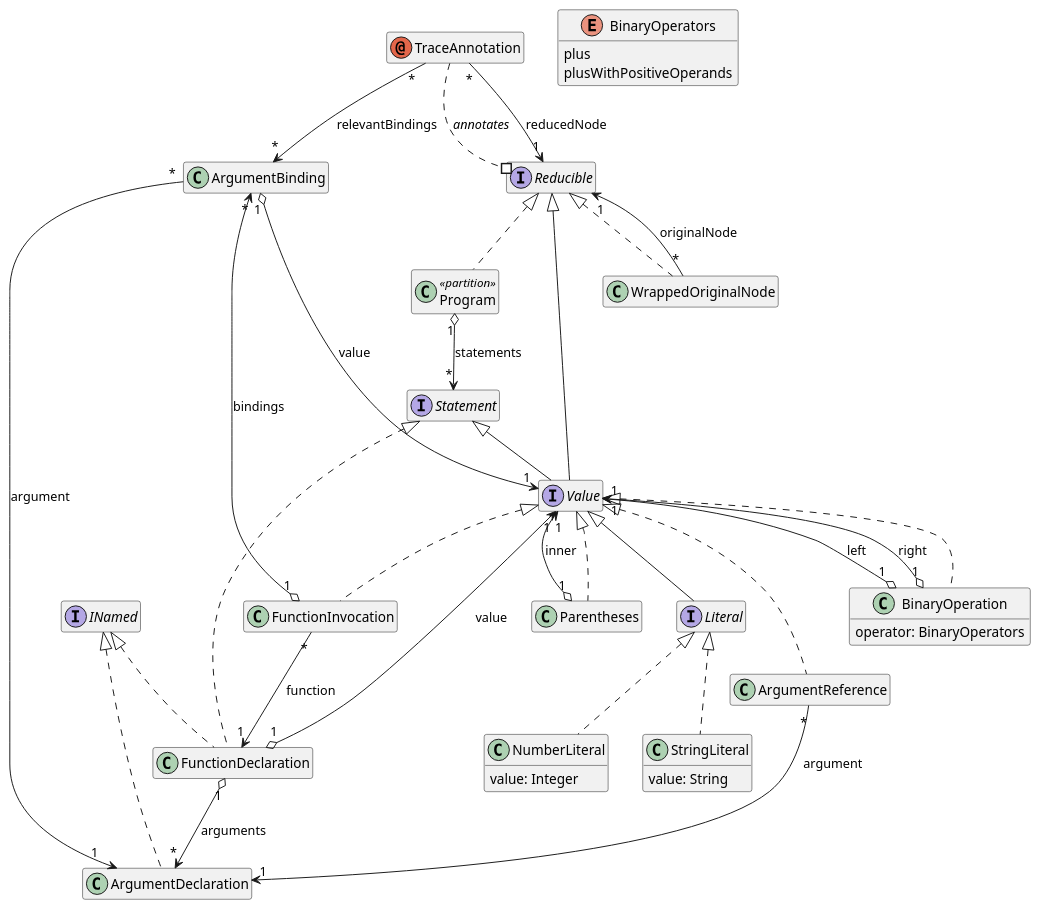
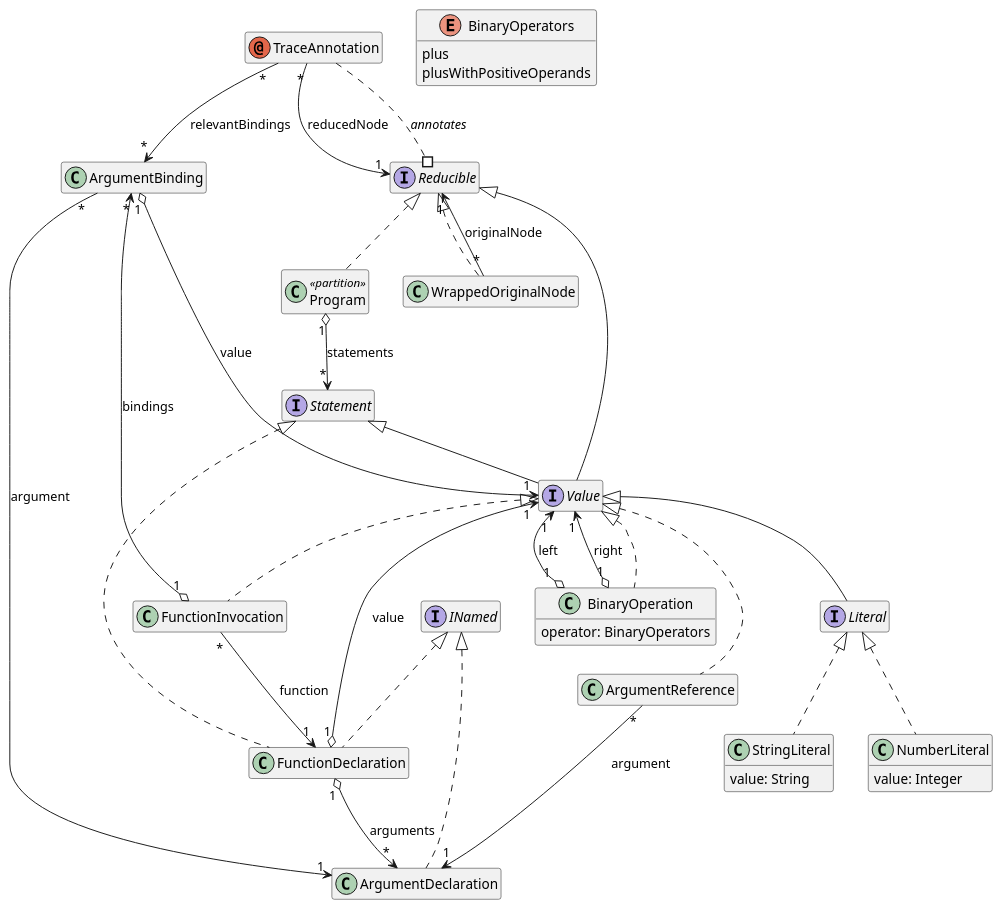
The diagram in packages/build/artifacts/ReductionDSL.language.puml (dslmeinte/reduction-prototype), drawn with PlantUML before and after one commit. The commit also changed 12 other files, not shown here.

```diff
--- a/packages/build/artifacts/ReductionDSL.language.puml
+++ b/packages/build/artifacts/ReductionDSL.language.puml
@@ -1,74 +1,71 @@
 @startuml
 hide empty members
 
 ' qualified name: "ReductionDSL"
 
 
 class ArgumentBinding
 
 class ArgumentDeclaration implements INamed
 
 class ArgumentReference implements Value
 
 class BinaryOperation implements Value {
   operator: BinaryOperators
 }
 
 enum BinaryOperators {
   plus
   plusWithPositiveOperands
 }
 
 class FunctionDeclaration implements INamed, Statement
 
 class FunctionInvocation implements Value
 
 interface Literal extends Value
 class NumberLiteral implements Literal {
   value: Integer
 }
-
-class Parentheses implements Value
 
 class Program <<partition>> implements Reducible
 
 interface Reducible
 interface Statement
 class StringLiteral implements Literal {
   value: String
 }
 
 annotation TraceAnnotation
 TraceAnnotation ..# Reducible : <i>annotates</i>
 
 interface Value extends Reducible, Statement
 class WrappedOriginalNode implements Reducible
 
 
 
 ' relations:
 
 ArgumentBinding "*" --> "1" ArgumentDeclaration: argument
 ArgumentBinding "1" o--> "1" Value: value
 
 ArgumentReference "*" --> "1" ArgumentDeclaration: argument
 BinaryOperation "1" o--> "1" Value: left
 BinaryOperation "1" o--> "1" Value: right
 
 FunctionDeclaration "1" o--> "*" ArgumentDeclaration: arguments
 FunctionDeclaration "1" o--> "1" Value: value
 FunctionInvocation "*" --> "1" FunctionDeclaration: function
 FunctionInvocation "1" o--> "*" ArgumentBinding: bindings
 
 
-Parentheses "1" o--> "1" Value: inner
 Program "1" o--> "*" Statement: statements
 
 
 
 TraceAnnotation "*" --> "1" Reducible: reducedNode
 TraceAnnotation "*" --> "*" ArgumentBinding: relevantBindings
 
 WrappedOriginalNode "*" --> "1" Reducible: originalNode
 
 @enduml
```
